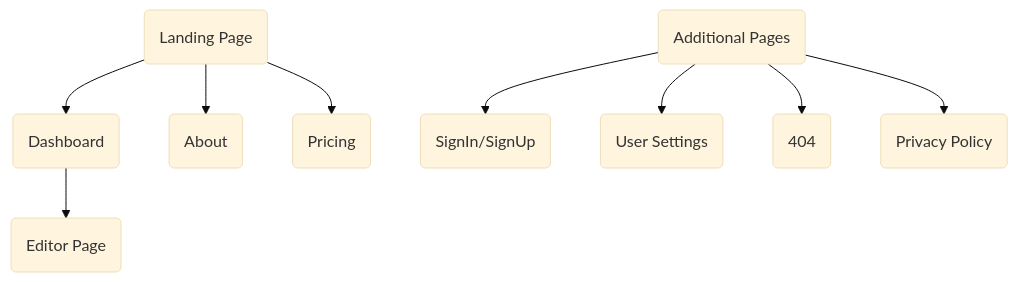
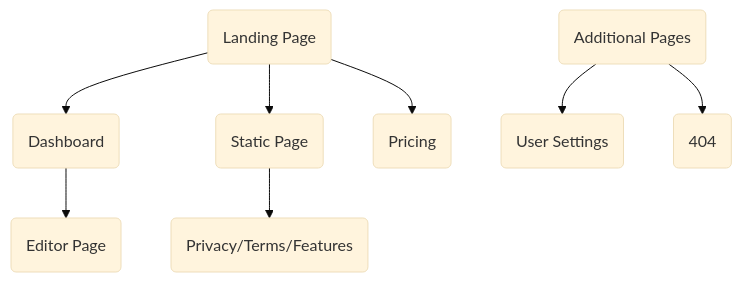
The diagram in README.md (wiremapp/app), drawn with Mermaid (base theme) before and after one commit. The commit also changed other lines of this file, not shown here.

````diff
--- a/README.md
+++ b/README.md
@@ -38,12 +39,11 @@
 ```mermaid
     flowchart TD
     35a89d93(Landing Page)-->46223490(Dashboard)
     46223490-->86r53891(Editor Page)
-    35a89d93-->03dcc596(About)
+    35a89d93-->03dcc596(Static Page)
+    03dcc596-->03dmm596(Privacy/Terms/Features)
     35a89d93-->T(Pricing)
     eb8f8865(Additional Pages)
-    eb8f8865-->f1fd7063(SignIn/SignUp)
     eb8f8865-->84c323c4L(User Settings)
     eb8f8865-->f88d271e(404)
-    eb8f8865-->8c43e165(Privacy Policy)
 ```
````
